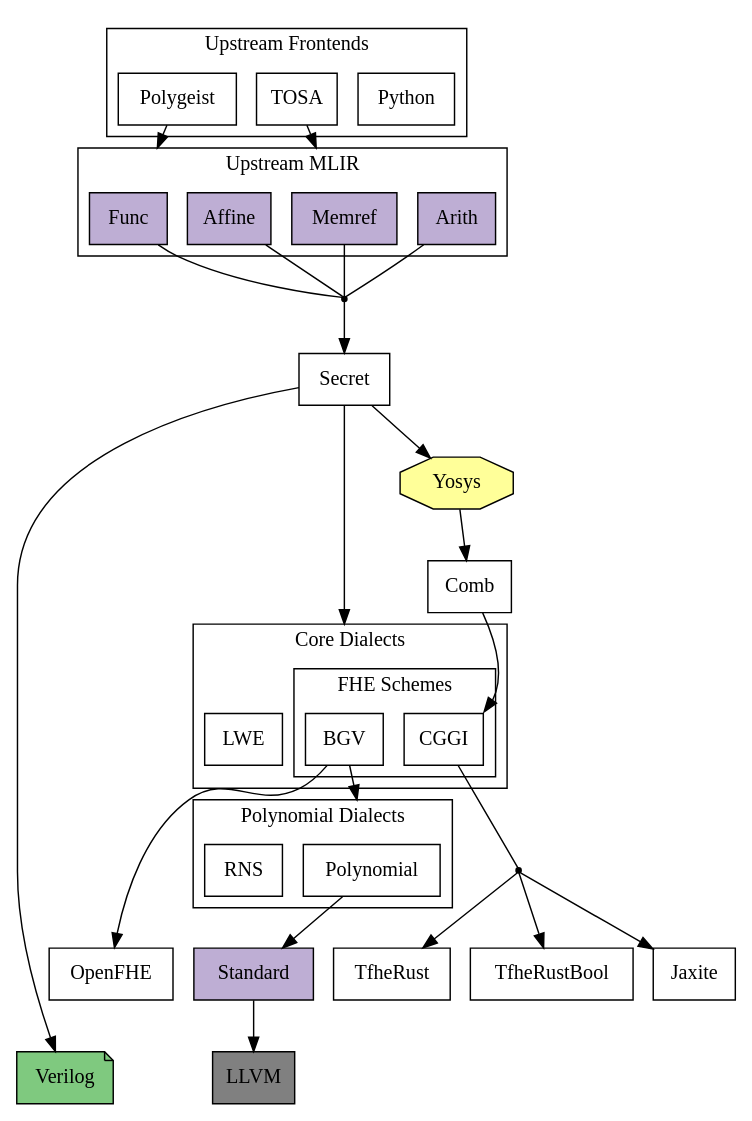
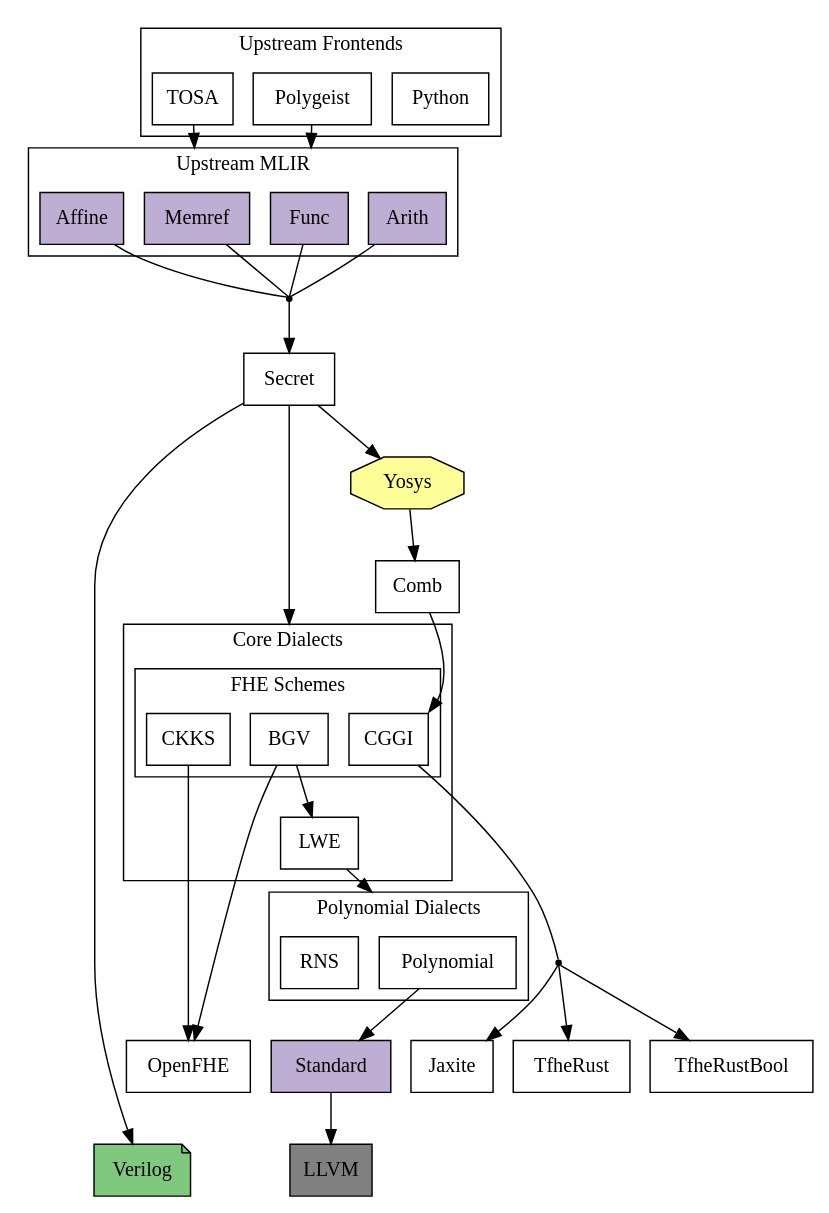
The diagram in dialects.dot (inbelic/heir), drawn with Graphviz before and after one commit. The commit also changed 121 other files, not shown here.

```diff
--- a/dialects.dot
+++ b/dialects.dot
@@ -1,99 +1,102 @@
 digraph G {
     // Note: Remember to run `dot -Tsvg dialects.dot > images/dialects.svg` after
     // modifying this file to regenerate the .svg render of the graph.
     rankdir = TB // Top to bottom graph layout
     splines = spline // Curved edges
     node [shape=box, style=filled fillcolor="white"]
     nodesep=0.2 // horizontal compression
     ranksep=0.5 // vertical compression
     compound=true
 
     subgraph cluster_inputs {
         label = "Upstream Frontends"
         Python
         Polygeist
         TOSA
     }
 
     // MLIR dialects
     subgraph cluster_mlir {
         label = "Upstream MLIR"
         node [fillcolor="#beaed4"]
         Arith
         Affine
         Func
         Memref
     }
 
     lower_from_mlir [shape=point label="" fillcolor=black]
     {Arith Affine Func Memref} -> lower_from_mlir [arrowhead=none]
 
     TOSA -> Memref [lhead=cluster_mlir]
     Polygeist -> Func [lhead=cluster_mlir]
 
     // External tools
     subgraph external_tools {
       node [shape=octagon fillcolor="#ffff99"]
       Yosys
     }
 
     Secret [URL="https://heir.dev/docs/dialects/secret/"]
     Comb [URL="https://heir.dev/docs/dialects/comb/"]
 
     lower_from_mlir -> Secret
     Secret -> Yosys -> Comb
 
     Verilog [ fillcolor="#7fc97f" shape="note"]
     Secret -> Verilog
 
 
     subgraph cluster_fhe {
         label = "Core Dialects"
         LWE [URL="https://heir.dev/docs/dialects/lwe/"]
         subgraph cluster_fhe_schemes {
             label = "FHE Schemes"
             BGV [URL="https://heir.dev/docs/dialects/bgv/"]
+            CKKS [URL="https://heir.dev/docs/dialects/ckks/"]
             CGGI [URL="https://heir.dev/docs/dialects/cggi/"]
         }
     }
 
     Secret -> BGV [lhead=cluster_fhe]
     Comb -> CGGI:ne // change e to use the right port of the destination node
 
 
 
     subgraph cluster_poly {
         label="Polynomial Dialects"
         Polynomial [URL="https://heir.dev/docs/dialects/polynomial/"]
         RNS [URL="https://heir.dev/docs/dialects/rns/"]
     }
 
     OpenFHE  [URL="https://heir.dev/docs/dialects/openfhe/"]
     Standard [fillcolor="#beaed4"]  //Tensor, Linalg, Affine etc.
     Jaxite [URL="https://heir.dev/docs/dialects/jaxite/"]
     TfheRust [URL="https://heir.dev/docs/dialects/tfherust/"]
     TfheRustBool [URL="https://heir.dev/docs/dialects/tfherustbool/"]
 
     LLVM [fillcolor="gray"]
 
-    BGV -> Polynomial [lhead=cluster_poly]
     BGV ->  OpenFHE
+    CKKS ->  OpenFHE
+    BGV -> LWE
+    LWE -> Polynomial [lhead=cluster_poly]
     lower_from_cggi [shape=point label="" fillcolor=black]
     CGGI -> lower_from_cggi [arrowhead=none]
     lower_from_cggi -> {Jaxite TfheRust TfheRustBool}
 
     Polynomial -> Standard
     Standard -> LLVM
 
 
     // Invisible edges for layout adjustments
     edge [style=invis]
     //This is a real edge but invisible now for simplicity
     Arith -> Yosys
     // Keep RNS below FHE Schemes
     LWE -> RNS
     // Keep Poly above Targets
     Polynomial -> {OpenFHE TfheRust TfheRustBool Jaxite}
     // Keep Verilog below Targets: LeftmostTarget -> Verilog
     OpenFHE -> Verilog
 }
```
